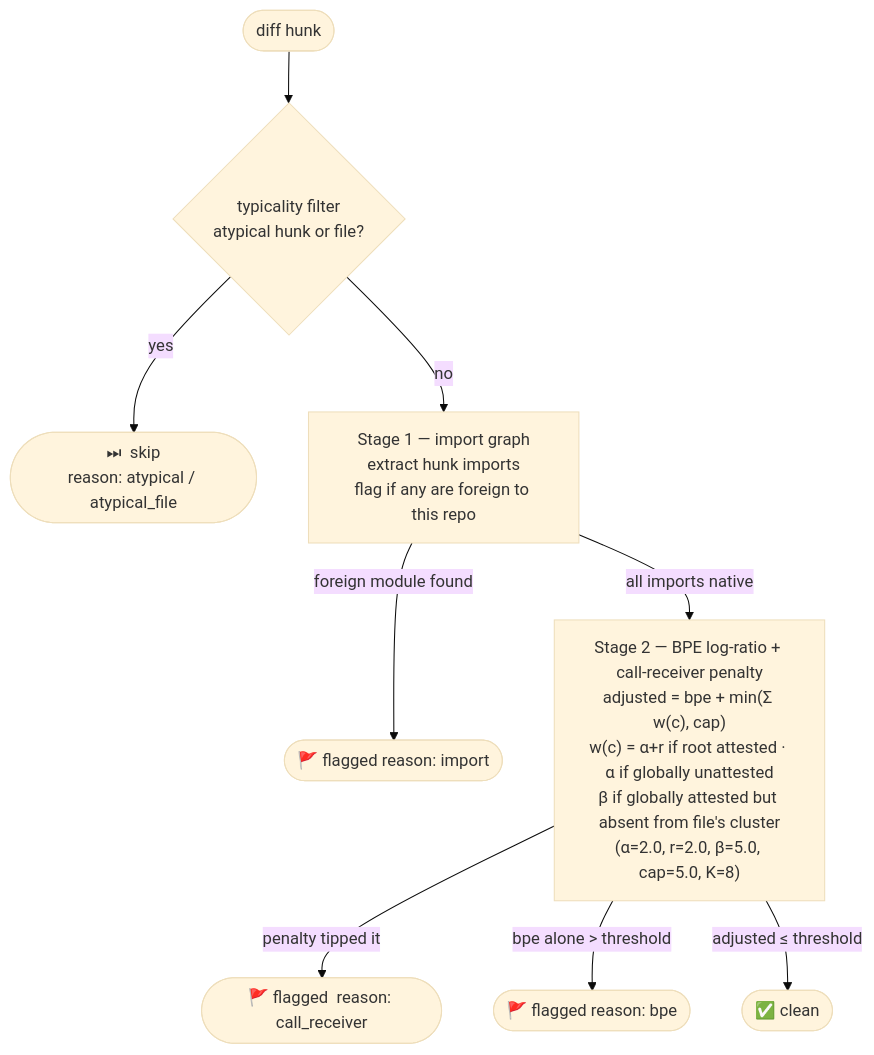
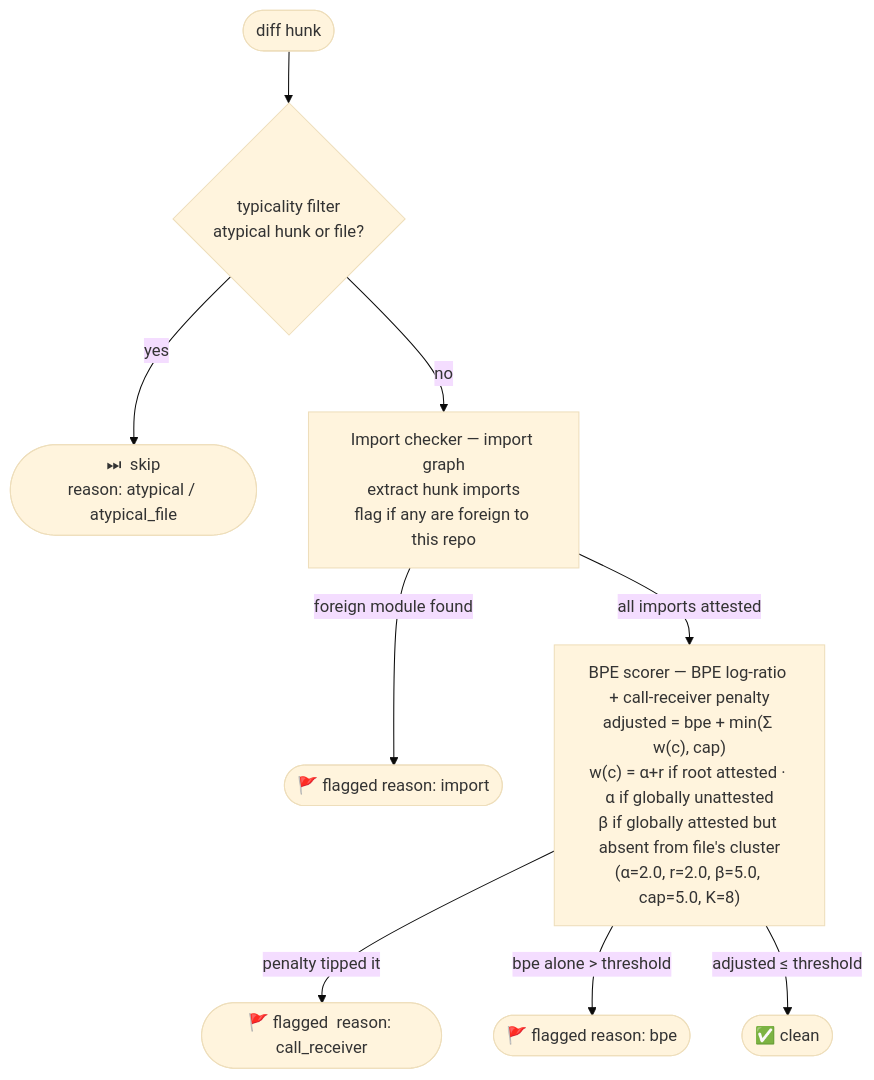
The second of 2 diagrams in README.md (get-tmonier/argot), drawn with Mermaid (base theme) before and after one commit. The commit also changed other lines of this file and 34 other files, not shown here.

````diff
--- a/README.md
+++ b/README.md
@@ -225,11 +225,11 @@
 ```mermaid
 flowchart TD
     H(["diff hunk"]) --> TYP{"typicality filter<br/>atypical hunk or file?"}
     TYP -- yes --> SKIP(["⏭  skip<br/>reason: atypical / atypical_file"])
-    TYP -- no --> S1["Stage 1 — import graph\nextract hunk imports\nflag if any are foreign to this repo"]
+    TYP -- no --> S1["Import checker — import graph\nextract hunk imports\nflag if any are foreign to this repo"]
     S1 -- "foreign module found" --> F1(["🚩 flagged  reason: import"])
-    S1 -- "all imports native" --> S2["Stage 2 — BPE log-ratio + call-receiver penalty\nadjusted = bpe + min(Σ w(c), cap)\nw(c) = α+r if root attested · α if globally unattested\nβ if globally attested but absent from file's cluster\n(α=2.0, r=2.0, β=5.0, cap=5.0, K=8)"]
+    S1 -- "all imports attested" --> S2["BPE scorer — BPE log-ratio + call-receiver penalty\nadjusted = bpe + min(Σ w(c), cap)\nw(c) = α+r if root attested · α if globally unattested\nβ if globally attested but absent from file's cluster\n(α=2.0, r=2.0, β=5.0, cap=5.0, K=8)"]
     S2 -- "penalty tipped it" --> F15(["🚩 flagged  reason: call_receiver"])
     S2 -- "bpe alone > threshold" --> F2(["🚩 flagged  reason: bpe"])
     S2 -- "adjusted ≤ threshold" --> OK(["✅ clean"])
 ```
````
